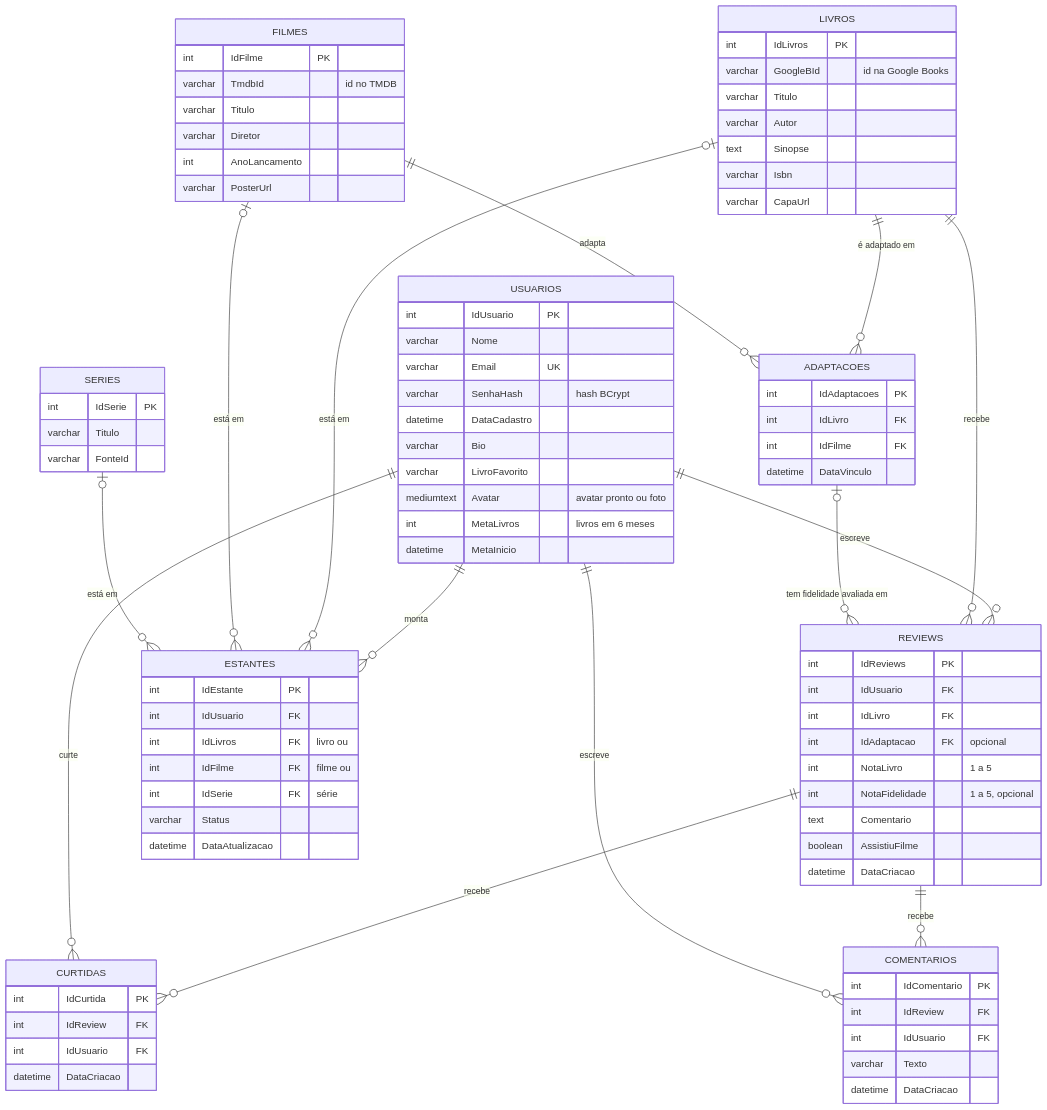
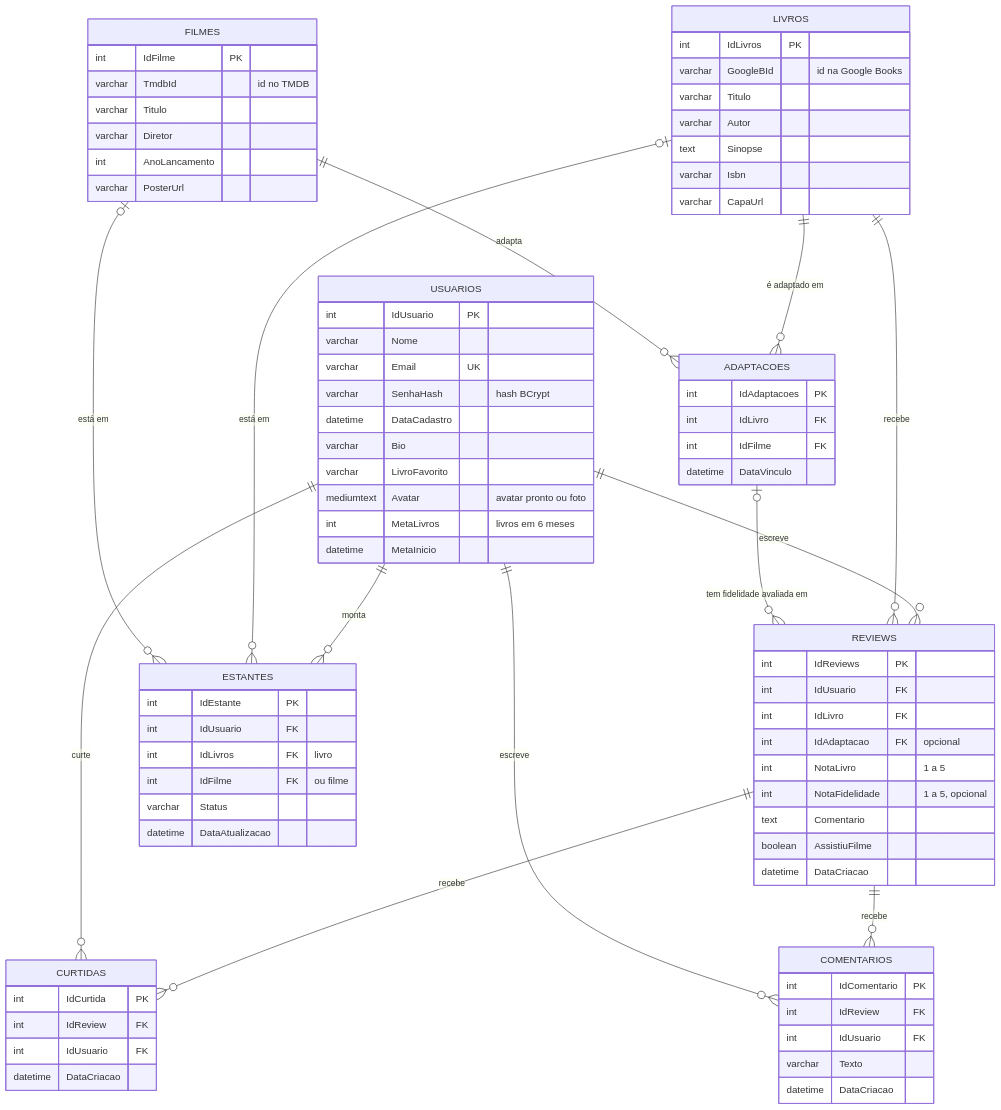
One commit to KetelynRamos/Resenhario changed the third of 3 diagrams in docs/DOCUMENTACAO_TECNICA.md. Above: the diagram before and after it, drawn with Mermaid. The commit also changed other lines of this file and 3 other files, not shown here.

````diff
--- a/docs/DOCUMENTACAO_TECNICA.md
+++ b/docs/DOCUMENTACAO_TECNICA.md
@@ -187,16 +188,10 @@
     ESTANTES {
         int IdEstante PK
         int IdUsuario FK
-        int IdLivros FK "livro ou"
-        int IdFilme FK "filme ou"
-        int IdSerie FK "série"
+        int IdLivros FK "livro"
+        int IdFilme FK "ou filme"
         varchar Status
         datetime DataAtualizacao
-    }
-    SERIES {
-        int IdSerie PK
-        varchar Titulo
-        varchar FonteId
     }
 
     USUARIOS ||--o{ REVIEWS : escreve
@@ -211,5 +206,4 @@
     ADAPTACOES |o--o{ REVIEWS : "tem fidelidade avaliada em"
     LIVROS |o--o{ ESTANTES : "está em"
     FILMES |o--o{ ESTANTES : "está em"
-    SERIES |o--o{ ESTANTES : "está em"
 ```
````
